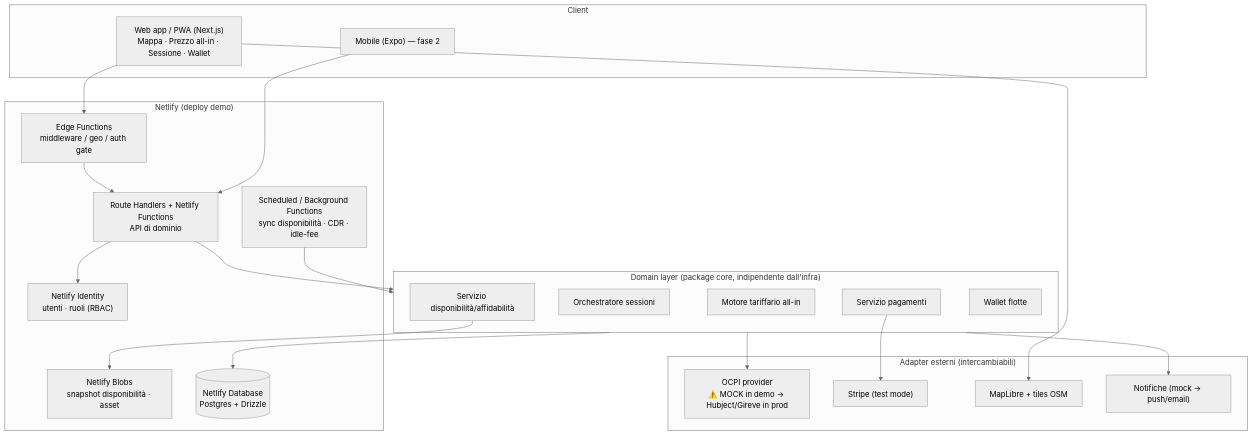
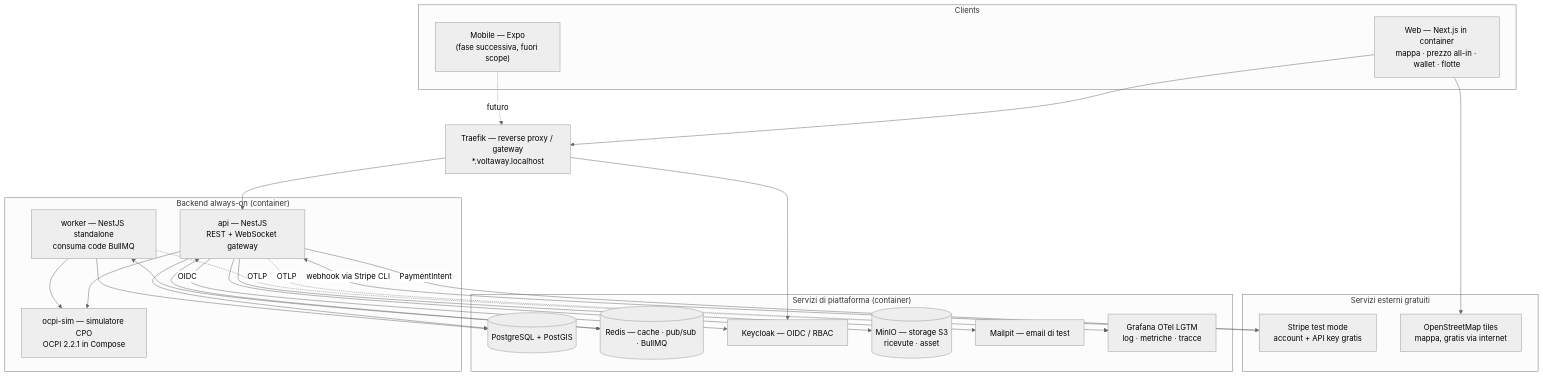
One commit to GabrieleRuggieri/voltaway changed the first of 3 diagrams in ARCHITECTURE.md. Above: the diagram before and after it, drawn with Mermaid (neutral theme). The commit also changed other lines of this file and 7 other files, not shown here.

````diff
--- a/ARCHITECTURE.md
+++ b/ARCHITECTURE.md
@@ -40,43 +70,48 @@
 ```mermaid
 flowchart TB
-    subgraph Client
-        PWA["Web app / PWA (Next.js)\nMappa · Prezzo all-in · Sessione · Wallet"]
-        MOB["Mobile (Expo) — fase 2"]
+    subgraph Clients
+        WEB["Web — Next.js in container\nmappa · prezzo all-in · wallet · flotte"]
+        MOB["Mobile — Expo\n(fase successiva, fuori scope)"]
     end
 
-    subgraph Netlify["Netlify (deploy demo)"]
-        EDGE["Edge Functions\nmiddleware / geo / auth gate"]
-        API["Route Handlers + Netlify Functions\nAPI di dominio"]
-        SCHED["Scheduled / Background Functions\nsync disponibilità · CDR · idle-fee"]
-        BLOBS["Netlify Blobs\nsnapshot disponibilità · asset"]
-        DB[("Netlify Database\nPostgres + Drizzle")]
-        IDP["Netlify Identity\nutenti · ruoli (RBAC)"]
+    TRAEFIK["Traefik — reverse proxy / gateway\n*.voltaway.localhost"]
+
+    subgraph Backend["Backend always-on (container)"]
+        API["api — NestJS\nREST + WebSocket gateway"]
+        WORKER["worker — NestJS standalone\nconsuma code BullMQ"]
+        OCPISIM["ocpi-sim — simulatore CPO\nOCPI 2.2.1 in Compose"]
     end
 
-    subgraph Domain["Domain layer (package core, indipendente dall'infra)"]
-        TARIFF["Motore tariffario all-in"]
-        SESSION["Orchestratore sessioni"]
-        AVAIL["Servizio disponibilità/affidabilità"]
-        PAY["Servizio pagamenti"]
-        FLEET["Wallet flotte"]
+    subgraph Infra["Servizi di piattaforma (container)"]
+        PG[("PostgreSQL + PostGIS")]
+        REDIS[("Redis — cache · pub/sub · BullMQ")]
+        KC["Keycloak — OIDC / RBAC"]
+        MINIO[("MinIO — storage S3\nricevute · asset")]
+        MAIL["Mailpit — email di test"]
+        OBS["Grafana OTel LGTM\nlog · metriche · tracce"]
     end
 
-    subgraph Adapters["Adapter esterni (intercambiabili)"]
-        OCPI["OCPI provider\n⚠️ MOCK in demo → Hubject/Gireve in prod"]
-        STRIPE["Stripe (test mode)"]
-        MAP["MapLibre + tiles OSM"]
-        NOTIFY["Notifiche (mock → push/email)"]
+    subgraph External["Servizi esterni gratuiti"]
+        STRIPE["Stripe test mode\naccount + API key gratis"]
+        OSM["OpenStreetMap tiles\nmappa, gratis via internet"]
     end
 
-    PWA --> EDGE --> API
-    MOB --> API
-    API --> Domain
-    SCHED --> Domain
-    Domain --> OCPI
-    PAY --> STRIPE
-    Domain --> DB
-    AVAIL --> BLOBS
-    API --> IDP
-    PWA --> MAP
-    Domain --> NOTIFY
+    WEB --> TRAEFIK
+    MOB -.->|futuro| TRAEFIK
+    TRAEFIK --> API
+    TRAEFIK --> KC
+    WEB --> OSM
+    API <--> REDIS
+    WORKER <--> REDIS
+    API --> PG
+    WORKER --> PG
+    API --> MINIO
+    API --> OCPISIM
+    WORKER --> OCPISIM
+    API -->|OIDC| KC
+    API --> MAIL
+    API -->|PaymentIntent| STRIPE
+    STRIPE -->|webhook via Stripe CLI| API
+    API -. OTLP .-> OBS
+    WORKER -. OTLP .-> OBS
 ```
````
